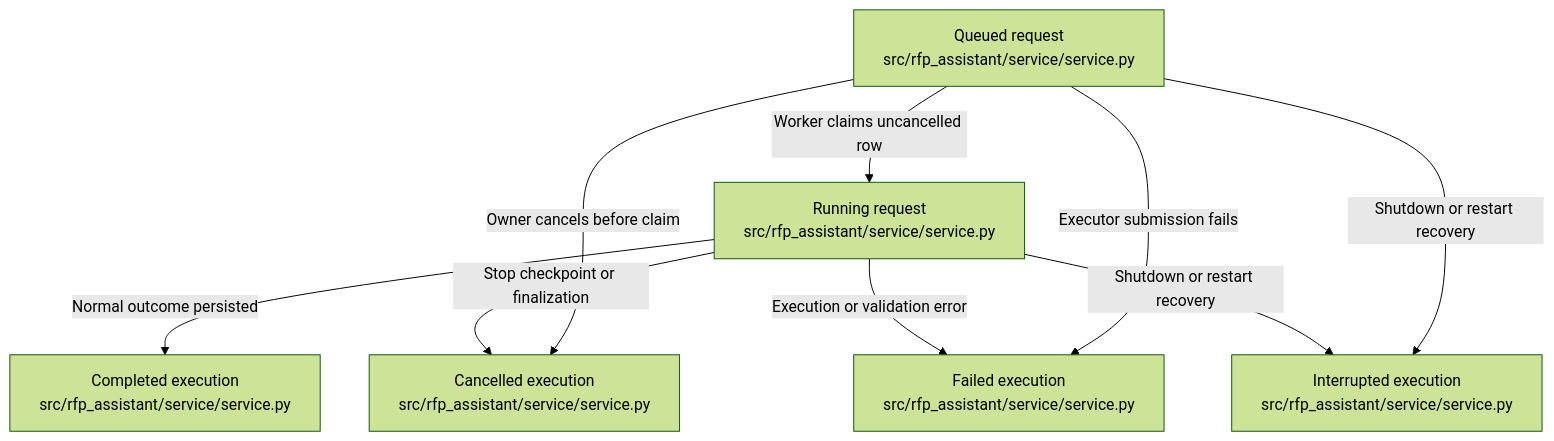
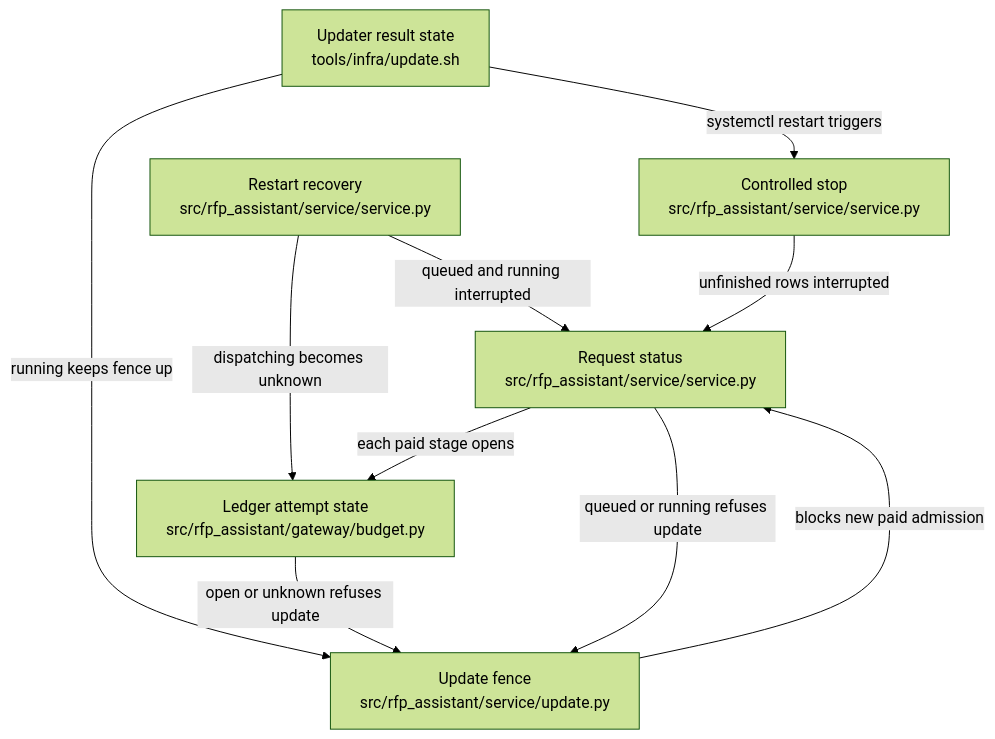
The diagram in .omm/state-transitions/diagram.mmd (littleeeeebit/project-codeit-mid), drawn with Mermaid (forest theme) before and after one commit. The commit also changed 522 other files, not shown here.

```diff
--- a/.omm/state-transitions/diagram.mmd
+++ b/.omm/state-transitions/diagram.mmd
@@ -1,9 +1,16 @@
 graph TD
-queued["Queued request\nsrc/rfp_assistant/service/service.py"] -->|Worker claims uncancelled row| running["Running request\nsrc/rfp_assistant/service/service.py"]
-queued -->|Owner cancels before claim| cancelled["Cancelled execution\nsrc/rfp_assistant/service/service.py"]
-queued -->|Shutdown or restart recovery| interrupted["Interrupted execution\nsrc/rfp_assistant/service/service.py"]
-queued -->|Executor submission fails| failed["Failed execution\nsrc/rfp_assistant/service/service.py"]
-running -->|Normal outcome persisted| completed["Completed execution\nsrc/rfp_assistant/service/service.py"]
-running -->|Execution or validation error| failed
-running -->|Stop checkpoint or finalization| cancelled
-running -->|Shutdown or restart recovery| interrupted
+  request-states["Request status\nsrc/rfp_assistant/service/service.py"]
+  attempt-states["Ledger attempt state\nsrc/rfp_assistant/gateway/budget.py"]
+  update-states["Updater result state\ntools/infra/update.sh"]
+  update-fence["Update fence\nsrc/rfp_assistant/service/update.py"]
+  controlled-shutdown["Controlled stop\nsrc/rfp_assistant/service/service.py"]
+  restart-recovery["Restart recovery\nsrc/rfp_assistant/service/service.py"]
+  request-states -->|each paid stage opens| attempt-states
+  attempt-states -->|open or unknown refuses update| update-fence
+  request-states -->|queued or running refuses update| update-fence
+  update-states -->|running keeps fence up| update-fence
+  update-fence -->|blocks new paid admission| request-states
+  update-states -->|systemctl restart triggers| controlled-shutdown
+  controlled-shutdown -->|unfinished rows interrupted| request-states
+  restart-recovery -->|dispatching becomes unknown| attempt-states
+  restart-recovery -->|queued and running interrupted| request-states
```
